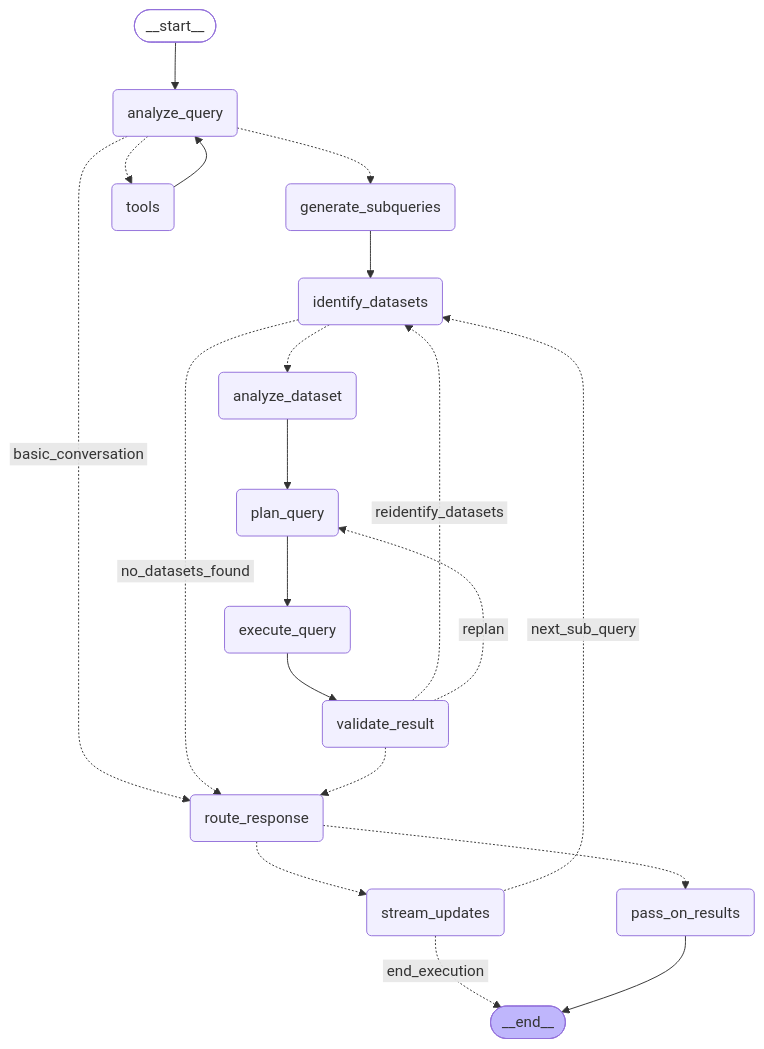
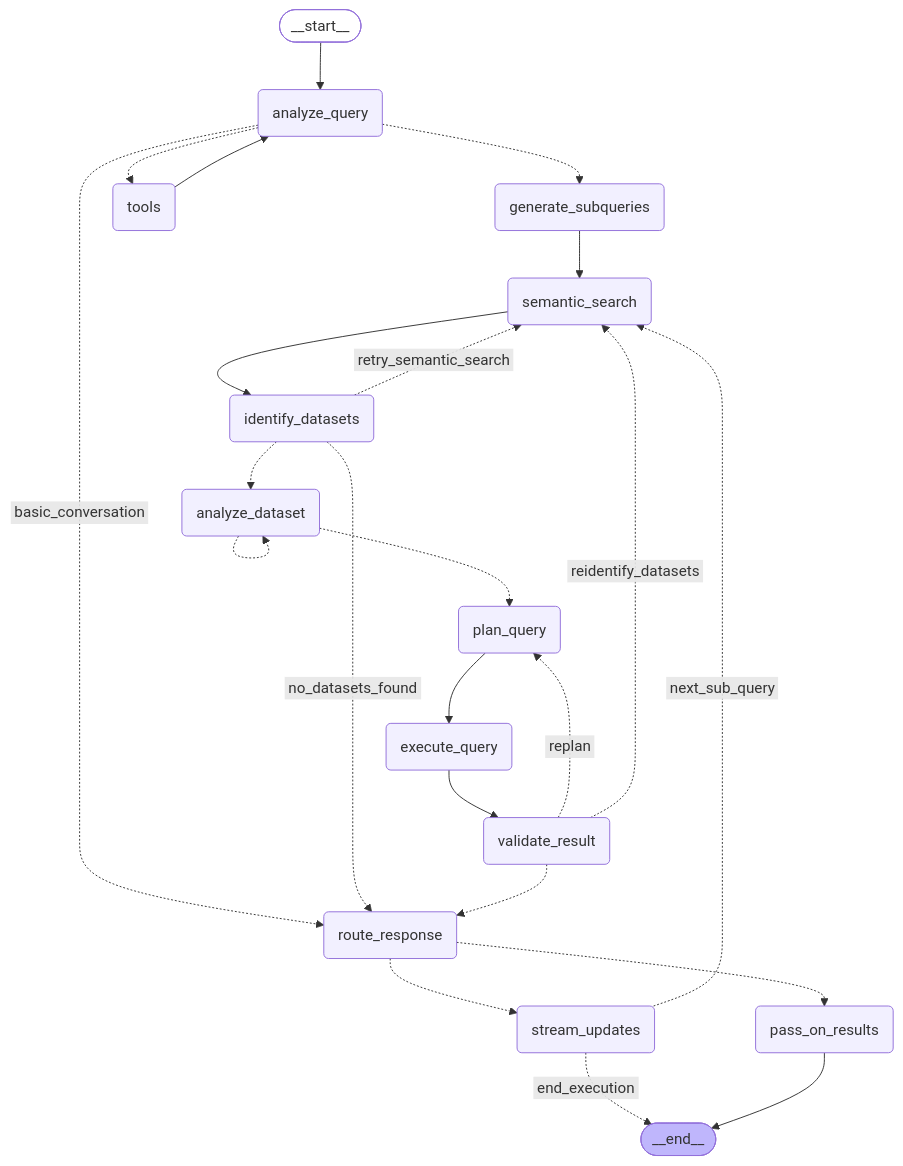
One commit to factly/gopie changed the diagram in chat-server/app/workflow/graph/graph_mermaid/multi_dataset_graph.mmd. Above: the diagram before and after it, drawn with Mermaid. The commit also changed 38 other files, not shown here.

```diff
--- a/chat-server/app/workflow/graph/graph_mermaid/multi_dataset_graph.mmd
+++ b/chat-server/app/workflow/graph/graph_mermaid/multi_dataset_graph.mmd
@@ -1,41 +1,45 @@
 ---
 config:
   flowchart:
     curve: basis
 ---
 graph TD;
 	__start__([<p>__start__</p>]):::first
 	generate_subqueries(generate_subqueries)
+	semantic_search(semantic_search)
 	identify_datasets(identify_datasets)
 	analyze_query(analyze_query)
 	plan_query(plan_query)
 	execute_query(execute_query)
 	analyze_dataset(analyze_dataset)
 	stream_updates(stream_updates)
 	validate_result(validate_result)
 	tools(tools)
 	route_response(route_response)
 	pass_on_results(pass_on_results)
 	__end__([<p>__end__</p>]):::last
 	__start__ --> analyze_query;
-	analyze_dataset --> plan_query;
+	analyze_dataset -.-> plan_query;
 	analyze_query -.-> generate_subqueries;
 	analyze_query -. &nbsp;basic_conversation&nbsp; .-> route_response;
 	analyze_query -.-> tools;
 	execute_query --> validate_result;
-	generate_subqueries --> identify_datasets;
+	generate_subqueries --> semantic_search;
 	identify_datasets -.-> analyze_dataset;
 	identify_datasets -. &nbsp;no_datasets_found&nbsp; .-> route_response;
+	identify_datasets -. &nbsp;retry_semantic_search&nbsp; .-> semantic_search;
 	plan_query --> execute_query;
 	route_response -.-> pass_on_results;
 	route_response -.-> stream_updates;
+	semantic_search --> identify_datasets;
 	stream_updates -. &nbsp;end_execution&nbsp; .-> __end__;
-	stream_updates -. &nbsp;next_sub_query&nbsp; .-> identify_datasets;
+	stream_updates -. &nbsp;next_sub_query&nbsp; .-> semantic_search;
 	tools --> analyze_query;
-	validate_result -. &nbsp;reidentify_datasets&nbsp; .-> identify_datasets;
 	validate_result -. &nbsp;replan&nbsp; .-> plan_query;
 	validate_result -.-> route_response;
+	validate_result -. &nbsp;reidentify_datasets&nbsp; .-> semantic_search;
 	pass_on_results --> __end__;
+	analyze_dataset -.-> analyze_dataset;
 	classDef default fill:#f2f0ff,line-height:1.2
 	classDef first fill-opacity:0
 	classDef last fill:#bfb6fc
```
